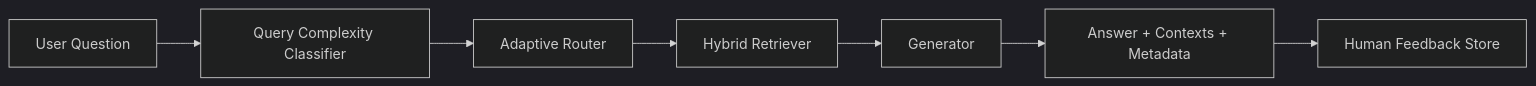
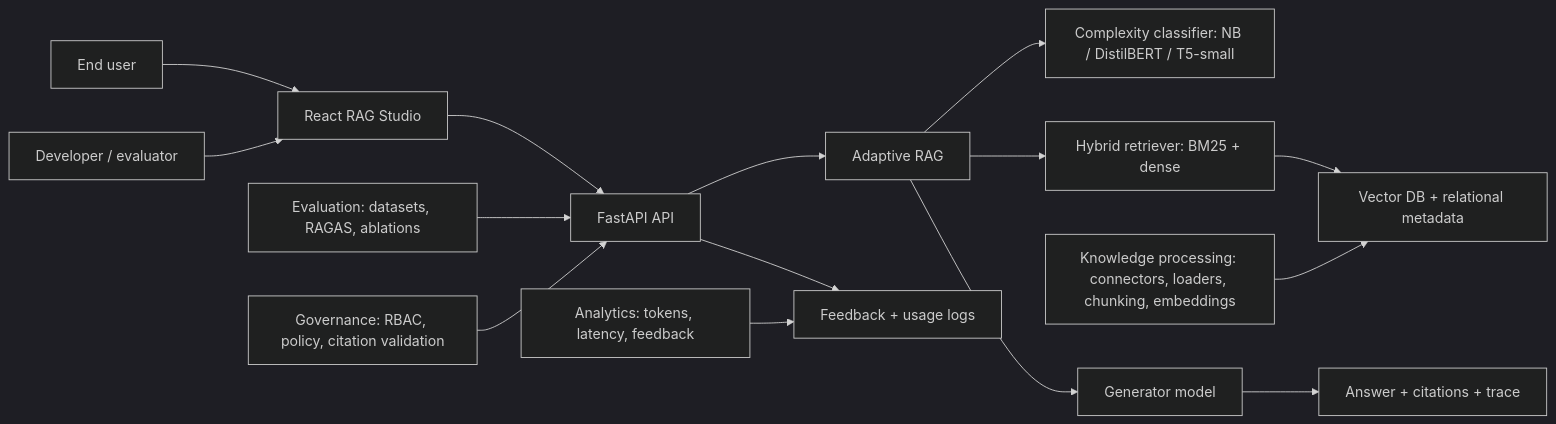
Before and after one commit to minh24mse23202/MSE: the diagram in docs/architecture.md, drawn with Mermaid (dark theme). The commit also changed other lines of this file and 27 other files, not shown here.

Commit message:
Baseline project architecture. Initialize React front-end, knowledge bases data processing pipeline.

````diff
--- a/docs/architecture.md
+++ b/docs/architecture.md
@@ -3,9 +3,17 @@
 ```mermaid
 flowchart LR
-    User["User Question"] --> Classifier["Query Complexity Classifier"]
-    Classifier --> Router["Adaptive Router"]
-    Router --> Retriever["Hybrid Retriever"]
-    Retriever --> Generator["Generator"]
-    Generator --> Answer["Answer + Contexts + Metadata"]
-    Answer --> Feedback["Human Feedback Store"]
+    EndUser["End user"] --> Frontend["React RAG Studio"]
+    Developer["Developer / evaluator"] --> Frontend
+    Frontend --> API["FastAPI API"]
+    API --> Adaptive["Adaptive RAG"]
+    Adaptive --> Classifier["Complexity classifier: NB / DistilBERT / T5-small"]
+    Adaptive --> Retriever["Hybrid retriever: BM25 + dense"]
+    Retriever --> Storage["Vector DB + relational metadata"]
+    Adaptive --> Generator["Generator model"]
+    Generator --> Answer["Answer + citations + trace"]
+    API --> Feedback["Feedback + usage logs"]
+    Knowledge["Knowledge processing: connectors, loaders, chunking, embeddings"] --> Storage
+    Eval["Evaluation: datasets, RAGAS, ablations"] --> API
+    Analytics["Analytics: tokens, latency, feedback"] --> Feedback
+    Governance["Governance: RBAC, policy, citation validation"] --> API
 ```
````
